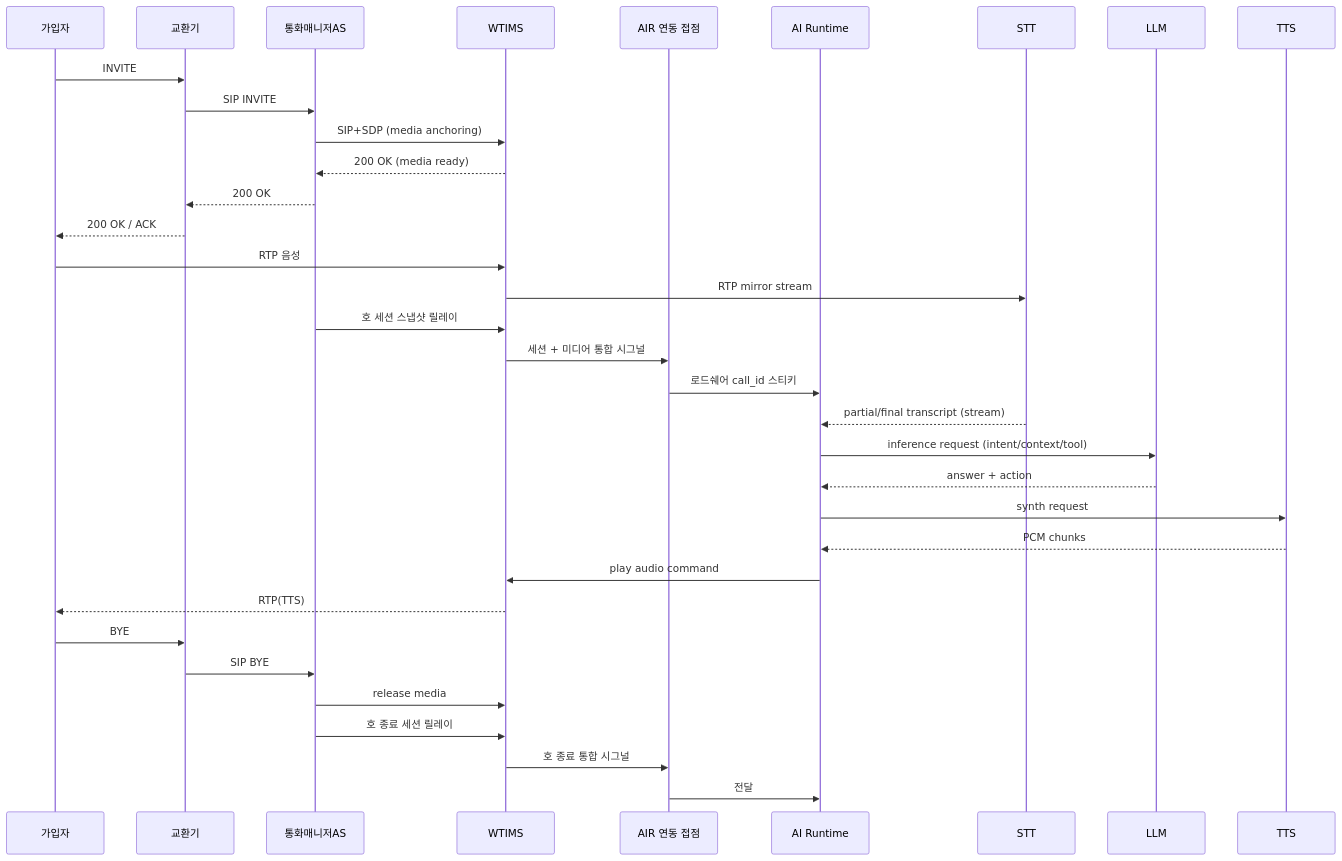
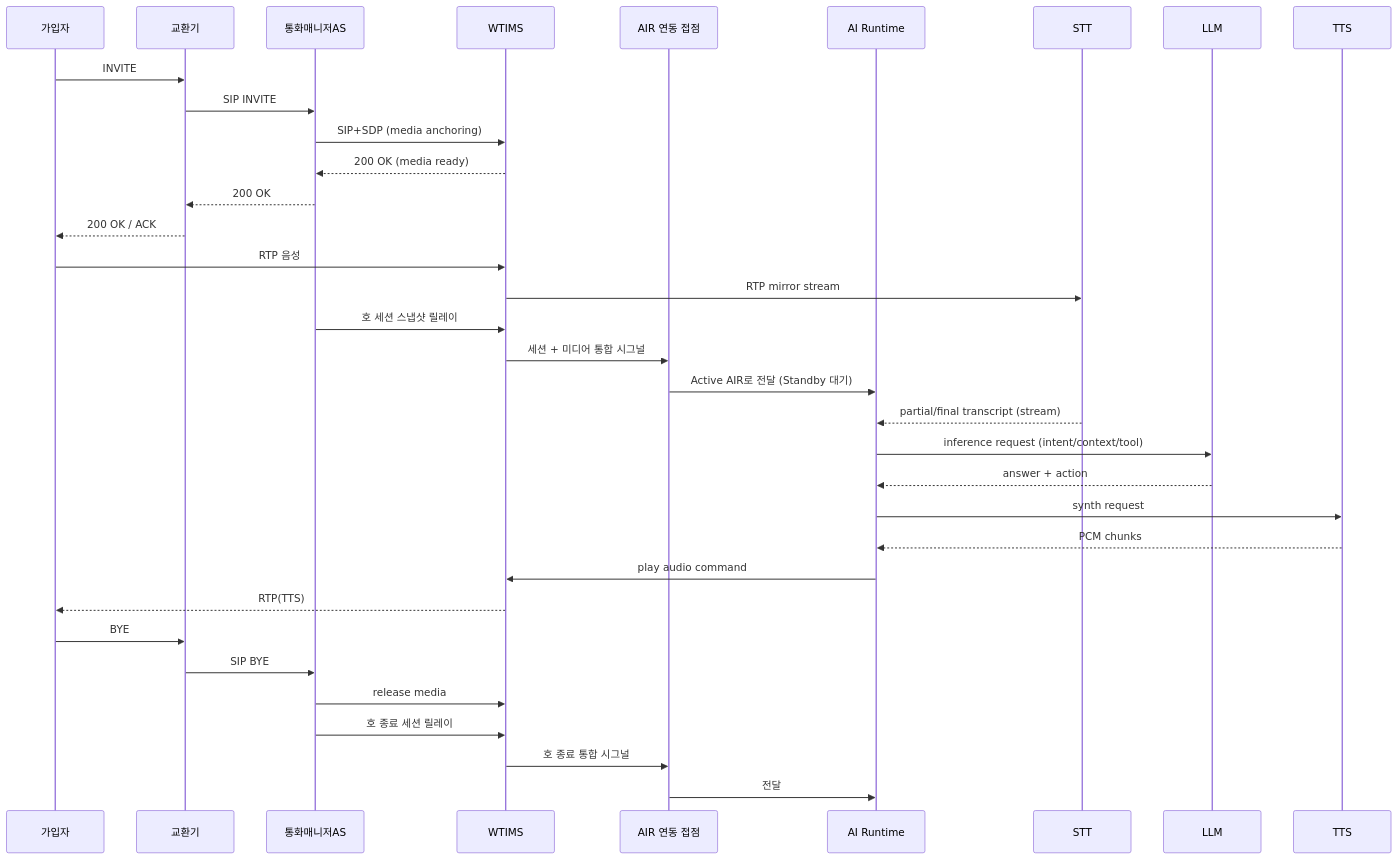
Before and after one commit to hak023/agentic_ai_callbot: the sixth of 8 diagrams in docs/architecture/production-deployment-architecture.md, drawn with Mermaid. The commit also changed other lines of this file, not shown here.

Commit message:
docs: update production-deployment-architecture (AI Call Agent OPEX §11.6)

````diff
--- a/docs/architecture/production-deployment-architecture.md
+++ b/docs/architecture/production-deployment-architecture.md
@@ -572,39 +605,39 @@
 ```mermaid
 sequenceDiagram
     participant U as 가입자
     participant EX as 교환기
     participant CM as 통화매니저AS
     participant WT as WTIMS
     participant GW as AIR 연동 접점
     participant AIR as AI Runtime
     participant STT as STT
     participant LLM as LLM
     participant TTS as TTS
 
     U->>EX: INVITE
     EX->>CM: SIP INVITE
     CM->>WT: SIP+SDP (media anchoring)
     WT-->>CM: 200 OK (media ready)
     CM-->>EX: 200 OK
     EX-->>U: 200 OK / ACK
 
     U->>WT: RTP 음성
     WT->>STT: RTP mirror stream
     CM->>WT: 호 세션 스냅샷 릴레이
     WT->>GW: 세션 + 미디어 통합 시그널
-    GW->>AIR: 로드쉐어 call_id 스티키
+    GW->>AIR: Active AIR로 전달 (Standby 대기)
     STT-->>AIR: partial/final transcript (stream)
     AIR->>LLM: inference request (intent/context/tool)
     LLM-->>AIR: answer + action
     AIR->>TTS: synth request
     TTS-->>AIR: PCM chunks
     AIR->>WT: play audio command
     WT-->>U: RTP(TTS)
 
     U->>EX: BYE
     EX->>CM: SIP BYE
     CM->>WT: release media
     CM->>WT: 호 종료 세션 릴레이
     WT->>GW: 호 종료 통합 시그널
     GW->>AIR: 전달
 ```
````
